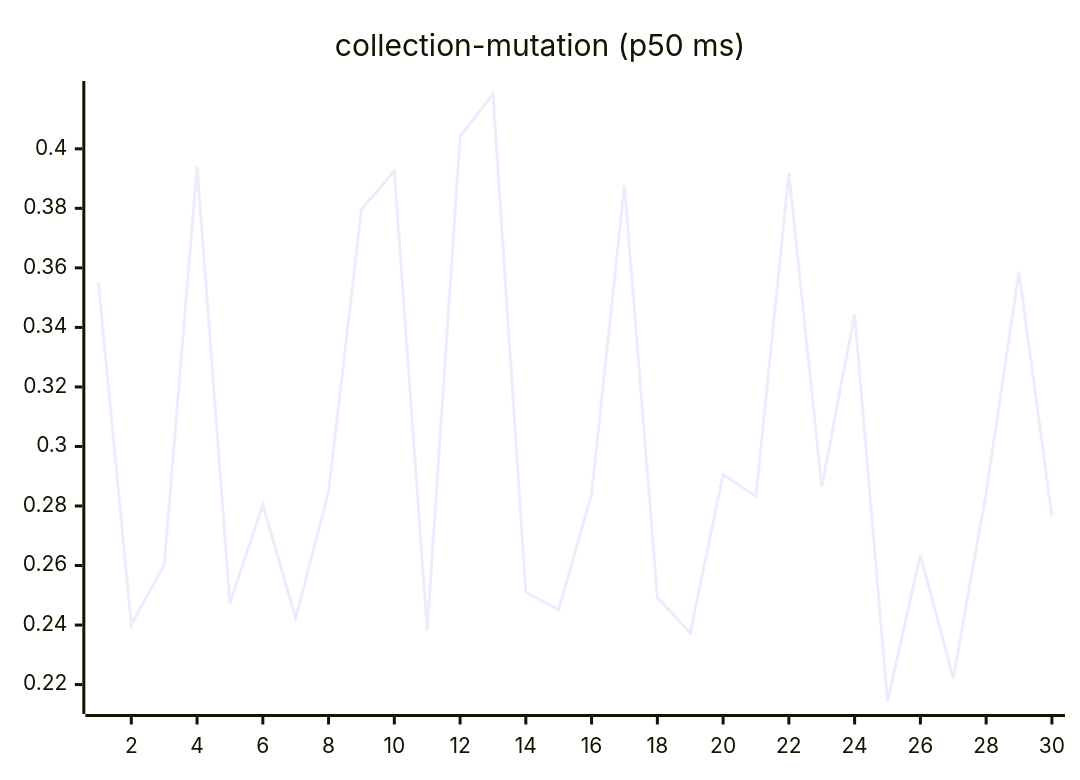
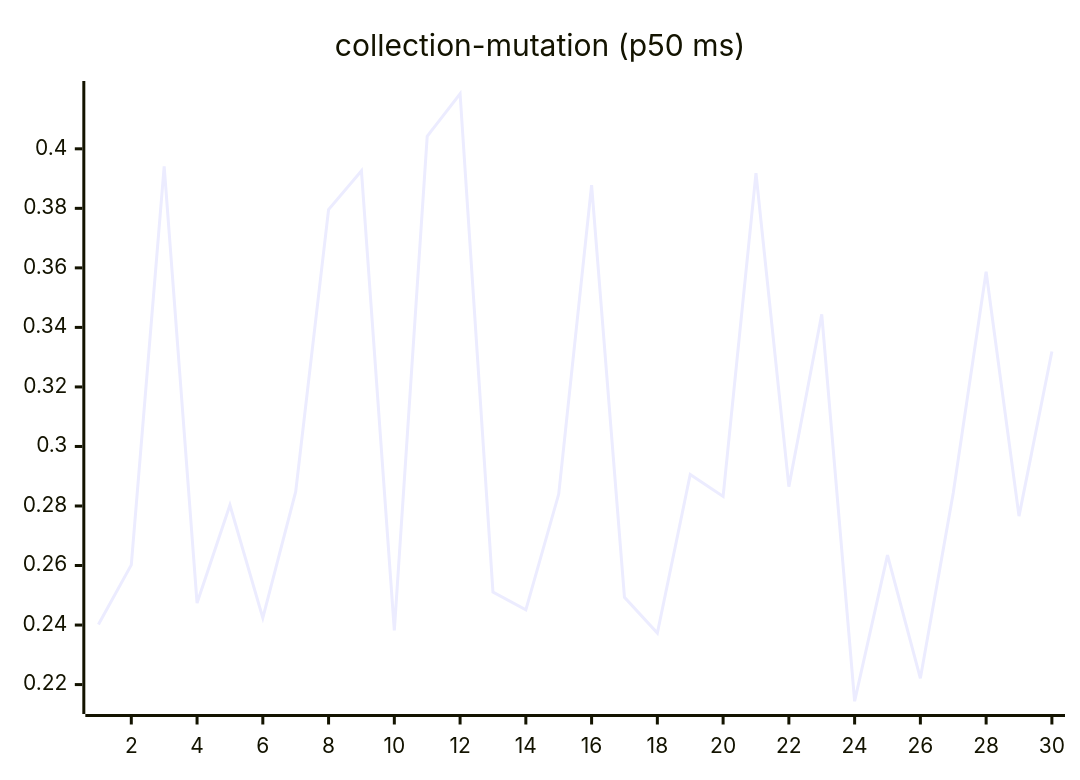
Before and after one commit to josha/Facet: the sixth of 27 diagrams in README.md, drawn with Mermaid. The commit also changed other lines of this file and 2 other files, not shown here.

````diff
--- a/README.md
+++ b/README.md
@@ -98,6 +98,6 @@
 ```mermaid
 xychart-beta
     title "collection-mutation (p50 ms)"
     x-axis 1 --> 30
-    line [0.3550, 0.2402, 0.2602, 0.3941, 0.2474, 0.2803, 0.2424, 0.2848, 0.3796, 0.3926, 0.2382, 0.4042, 0.4185, 0.2511, 0.2451, 0.2840, 0.3878, 0.2493, 0.2373, 0.2906, 0.2832, 0.3918, 0.2865, 0.3444, 0.2144, 0.2635, 0.2221, 0.2844, 0.3587, 0.2766]
+    line [0.2402, 0.2602, 0.3941, 0.2474, 0.2803, 0.2424, 0.2848, 0.3796, 0.3926, 0.2382, 0.4042, 0.4185, 0.2511, 0.2451, 0.2840, 0.3878, 0.2493, 0.2373, 0.2906, 0.2832, 0.3918, 0.2865, 0.3444, 0.2144, 0.2635, 0.2221, 0.2844, 0.3587, 0.2766, 0.3319]
 ```
````
